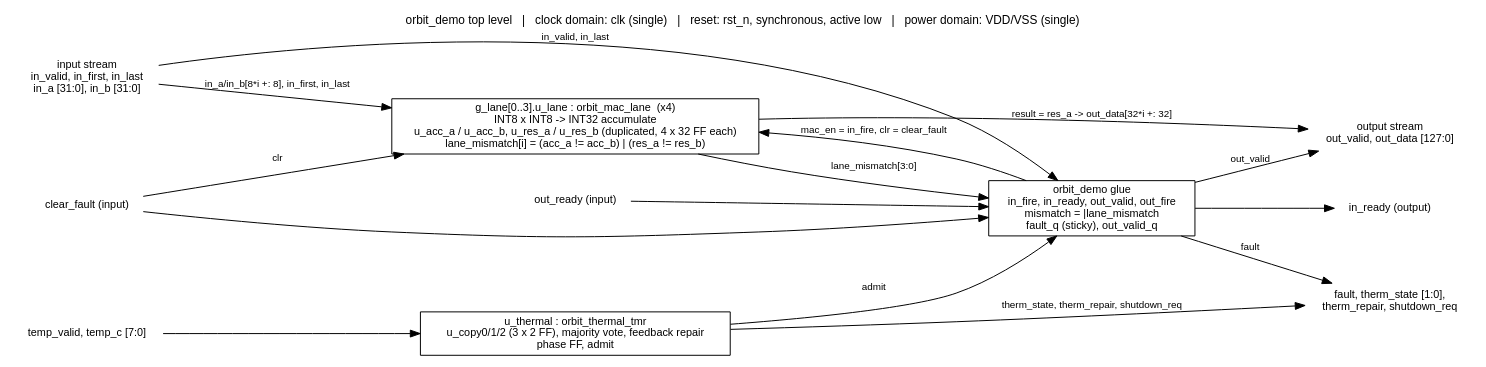
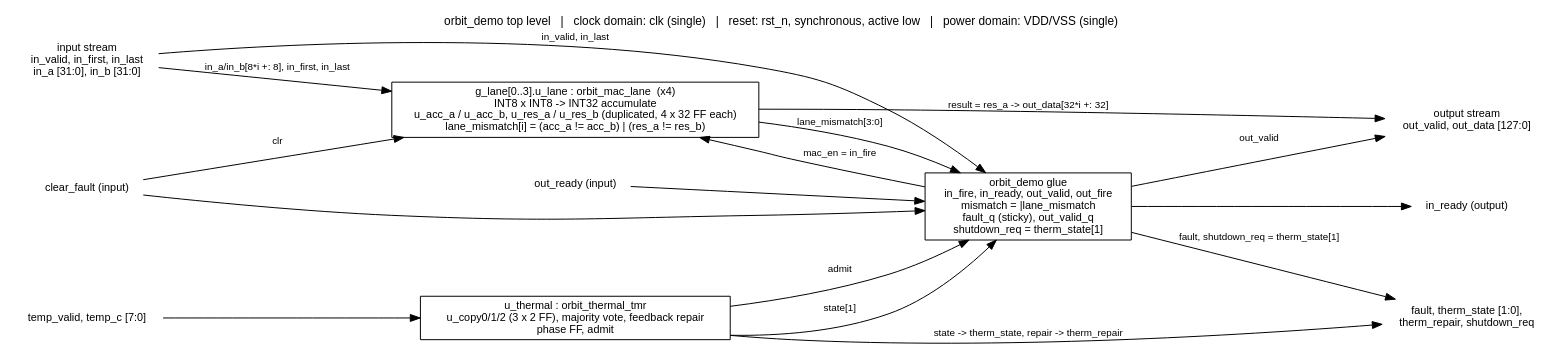
Before and after one commit to vittesh12345/chip: the diagram in review/orbit_demo_design_review/02_block_diagram/orbit_demo_top_level.dot, drawn with Graphviz. The commit also changed 11 other files, not shown here.

First line of the commit message:
WIP: review package README, corrected diagrams, schematic generator, tools

```diff
--- a/review/orbit_demo_design_review/02_block_diagram/orbit_demo_top_level.dot
+++ b/review/orbit_demo_design_review/02_block_diagram/orbit_demo_top_level.dot
@@ -1,30 +1,31 @@
 // Top-level block diagram of orbit_demo, drawn from rtl/*.v (RTL unchanged since commit 26566f0).
 // Instance and port names are copied from the RTL. Bus widths in [ ].
 digraph top {
   graph [rankdir=LR, fontname="Helvetica", fontsize=12, nodesep=0.4, ranksep=0.9, labelloc=t,
          label="orbit_demo top level   |   clock domain: clk (single)   |   reset: rst_n, synchronous, active low   |   power domain: VDD/VSS (single)"];
   node  [fontname="Helvetica", fontsize=11, shape=box];
   edge  [fontname="Helvetica", fontsize=10];
   src  [shape=plaintext, label="input stream\nin_valid, in_first, in_last\nin_a [31:0], in_b [31:0]"];
   snk  [shape=plaintext, label="output stream\nout_valid, out_data [127:0]"];
   rdy  [shape=plaintext, label="out_ready (input)"];
   sens [shape=plaintext, label="temp_valid, temp_c [7:0]"];
   ctl  [shape=plaintext, label="clear_fault (input)"];
   st   [shape=plaintext, label="fault, therm_state [1:0],\ntherm_repair, shutdown_req"];
   irdy [shape=plaintext, label="in_ready (output)"];
   lanes [label="g_lane[0..3].u_lane : orbit_mac_lane  (x4)\nINT8 x INT8 -> INT32 accumulate\nu_acc_a / u_acc_b, u_res_a / u_res_b (duplicated, 4 x 32 FF each)\nlane_mismatch[i] = (acc_a != acc_b) | (res_a != res_b)"];
-  glue  [label="orbit_demo glue\nin_fire, in_ready, out_valid, out_fire\nmismatch = |lane_mismatch\nfault_q (sticky), out_valid_q"];
+  glue  [label="orbit_demo glue\nin_fire, in_ready, out_valid, out_fire\nmismatch = |lane_mismatch\nfault_q (sticky), out_valid_q\nshutdown_req = therm_state[1]"];
   therm [label="u_thermal : orbit_thermal_tmr\nu_copy0/1/2 (3 x 2 FF), majority vote, feedback repair\nphase FF, admit"];
   src -> lanes [label="in_a/in_b[8*i +: 8], in_first, in_last"];
-  glue -> lanes [label="mac_en = in_fire, clr = clear_fault"];
+  glue -> lanes [label="mac_en = in_fire"];
   lanes -> glue [label="lane_mismatch[3:0]"];
   lanes -> snk [label="result = res_a -> out_data[32*i +: 32]"];
   glue -> snk [label="out_valid"];
   rdy -> glue; ctl -> glue; ctl -> lanes [label="clr"];
   src -> glue [label="in_valid, in_last"];
   sens -> therm;
   therm -> glue [label="admit"];
-  therm -> st [label="therm_state, therm_repair, shutdown_req"];
-  glue -> st [label="fault"];
+  therm -> st [label="state -> therm_state, repair -> therm_repair"];
+  therm -> glue [label="state[1]"];
+  glue -> st [label="fault, shutdown_req = therm_state[1]"];
   glue -> irdy;
 }
```
